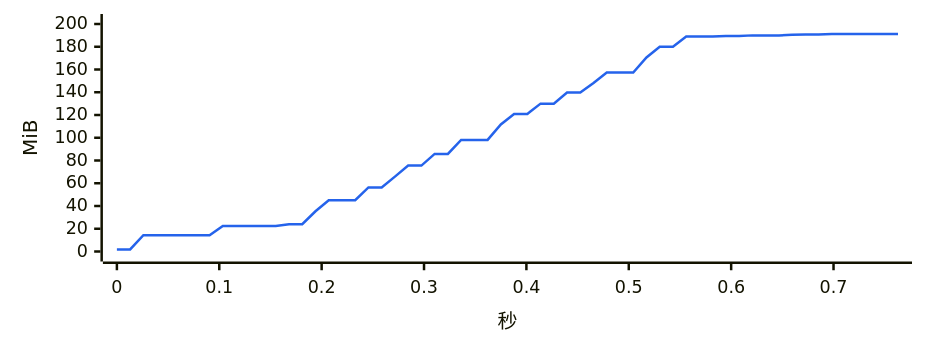
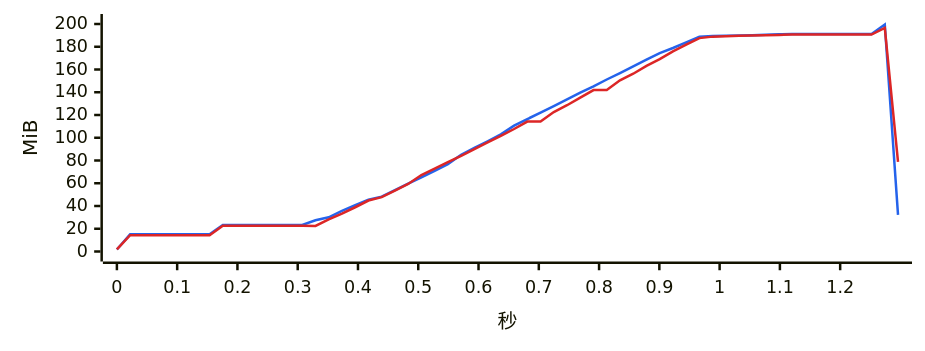
One commit to 334456777/WeFlow changed diagram 12 of 17 in bench/v4.0.0/summary.md. Above: the diagram before and after it, drawn with Mermaid. The commit also changed other lines of this file and 3 other files, not shown here.

````diff
--- a/bench/v4.0.0/summary.md
+++ b/bench/v4.0.0/summary.md
@@ -399,7 +408,8 @@
 ```mermaid
-%%{init: {"xyChart": {"width": 720, "height": 260}, "themeVariables": {"xyChart": {"plotColorPalette": "#2563eb"}}}}%%
+%%{init: {"xyChart": {"width": 720, "height": 260}, "themeVariables": {"xyChart": {"plotColorPalette": "#2563eb, #dc2626"}}}}%%
 xychart-beta
-    x-axis "秒" 0 --> 0.763
+    x-axis "秒" 0 --> 1.296
     y-axis "MiB" 0 --> 200
-    line [1.8, 1.8, 14.3, 14.3, 14.3, 14.3, 14.3, 14.3, 22.5, 22.5, 22.5, 22.5, 22.5, 24.0, 24.0, 35.4, 45.1, 45.1, 45.1, 56.3, 56.3, 65.8, 75.5, 75.5, 85.8, 85.8, 98.1, 98.1, 98.1, 111.7, 120.9, 120.9, 130.0, 130.0, 139.7, 139.7, 148.1, 157.3, 157.3, 157.3, 170.6, 180.0, 180.0, 189.0, 189.0, 189.0, 189.5, 189.5, 190.0, 190.0, 190.0, 190.5, 190.8, 190.8, 191.1, 191.1, 191.1, 191.1, 191.1, 191.1]
+    line [1.8, 15.1, 15.1, 15.1, 15.1, 15.1, 15.1, 15.1, 23.3, 23.3, 23.3, 23.3, 23.3, 23.3, 23.3, 27.5, 30.1, 35.8, 40.8, 45.5, 48.2, 54.0, 59.6, 65.2, 70.9, 76.8, 85.1, 91.0, 96.9, 103.0, 110.6, 116.4, 122.1, 127.9, 133.7, 139.6, 145.2, 151.2, 156.9, 162.7, 168.6, 174.4, 178.9, 183.8, 188.9, 189.4, 189.6, 189.9, 190.2, 190.6, 190.9, 191.2, 191.2, 191.2, 191.2, 191.2, 191.2, 191.2, 199.6, 32.2]
+    line [1.8, 14.3, 14.3, 14.3, 14.3, 14.3, 14.3, 14.3, 22.6, 22.6, 22.6, 22.6, 22.6, 22.6, 22.6, 22.5, 28.2, 33.3, 38.9, 44.8, 47.8, 53.5, 59.4, 67.2, 72.8, 78.5, 84.1, 90.0, 95.9, 101.7, 107.7, 114.2, 114.2, 122.6, 128.6, 135.3, 141.9, 141.9, 150.5, 156.3, 163.2, 169.1, 176.0, 181.8, 187.6, 188.9, 189.2, 189.7, 189.9, 190.2, 190.4, 190.7, 190.7, 190.7, 190.7, 190.7, 190.7, 190.7, 196.6, 78.8]
 ```
````
